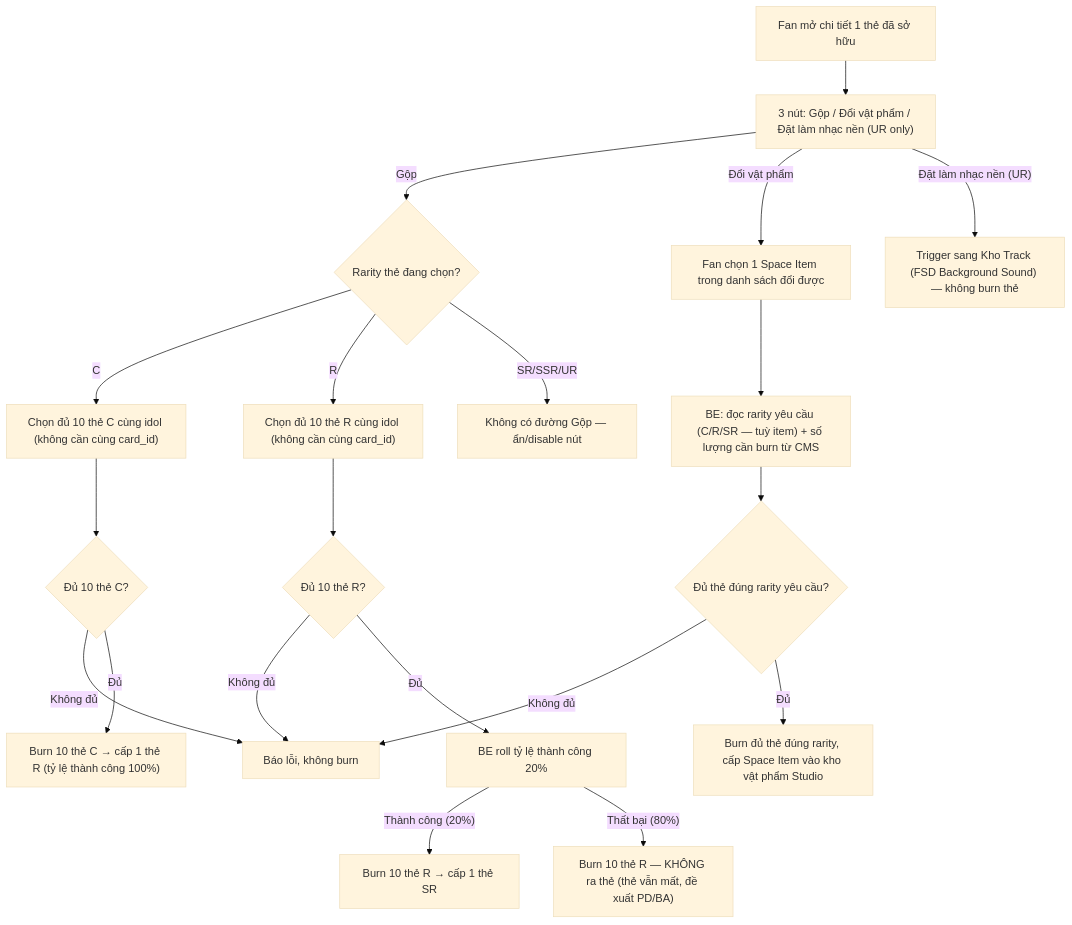
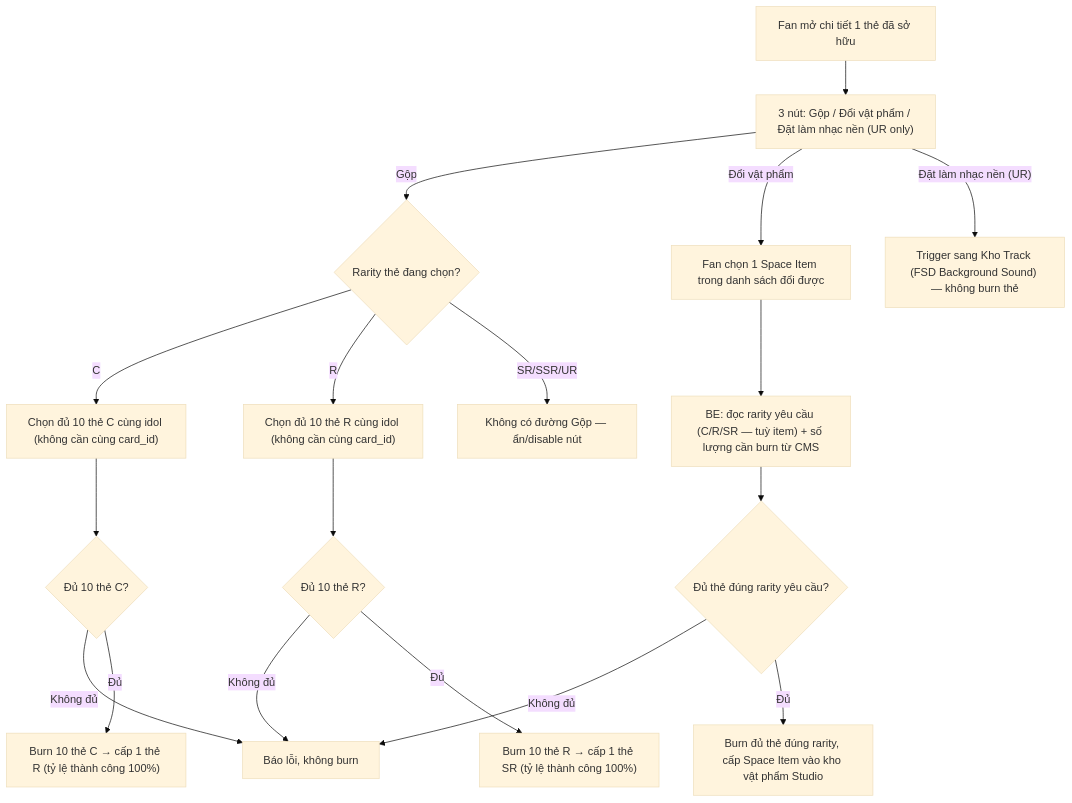
One commit to chrishieu/fana-analysis changed the third of 3 diagrams in FSD_mvp2_Ecard_Collect_Burn.md. Above: the diagram before and after it, drawn with Mermaid (base theme). The commit also changed other lines of this file, not shown here.

Commit message:
Update FSD for MVP2 E-card Collect & Burn feature: revise mechanics for card merging, ensuring 100% success rate for R→SR; clarify item exchange rules and CMS configurations.

````diff
--- a/FSD_mvp2_Ecard_Collect_Burn.md
+++ b/FSD_mvp2_Ecard_Collect_Burn.md
@@ -131,27 +131,25 @@
 ```mermaid
 flowchart TD
     A["Fan mở chi tiết 1 thẻ đã sở hữu"] --> B["3 nút: Gộp / Đổi vật phẩm / Đặt làm nhạc nền (UR only)"]
 
     B -- Gộp --> C{"Rarity thẻ đang chọn?"}
     C -- C --> D["Chọn đủ 10 thẻ C cùng idol (không cần cùng card_id)"]
     C -- R --> E["Chọn đủ 10 thẻ R cùng idol (không cần cùng card_id)"]
     C -- "SR/SSR/UR" --> F["Không có đường Gộp — ẩn/disable nút"]
 
     D --> G{"Đủ 10 thẻ C?"}
     G -- Không đủ --> H["Báo lỗi, không burn"]
     G -- Đủ --> I["Burn 10 thẻ C → cấp 1 thẻ R (tỷ lệ thành công 100%)"]
 
     E --> J{"Đủ 10 thẻ R?"}
     J -- Không đủ --> H
-    J -- Đủ --> K["BE roll tỷ lệ thành công 20%"]
-    K -- "Thành công (20%)" --> L["Burn 10 thẻ R → cấp 1 thẻ SR"]
-    K -- "Thất bại (80%)" --> M["Burn 10 thẻ R — KHÔNG ra thẻ (thẻ vẫn mất, đề xuất PD/BA)"]
+    J -- Đủ --> L["Burn 10 thẻ R → cấp 1 thẻ SR (tỷ lệ thành công 100%)"]
 
     B -- "Đổi vật phẩm" --> N["Fan chọn 1 Space Item trong danh sách đổi được"]
     N --> O["BE: đọc rarity yêu cầu (C/R/SR — tuỳ item) + số lượng cần burn từ CMS"]
     O --> P{"Đủ thẻ đúng rarity yêu cầu?"}
     P -- Không đủ --> H
     P -- Đủ --> Q["Burn đủ thẻ đúng rarity, cấp Space Item vào kho vật phẩm Studio"]
 
     B -- "Đặt làm nhạc nền (UR)" --> R["Trigger sang Kho Track (FSD Background Sound) — không burn thẻ"]
 ```
````
